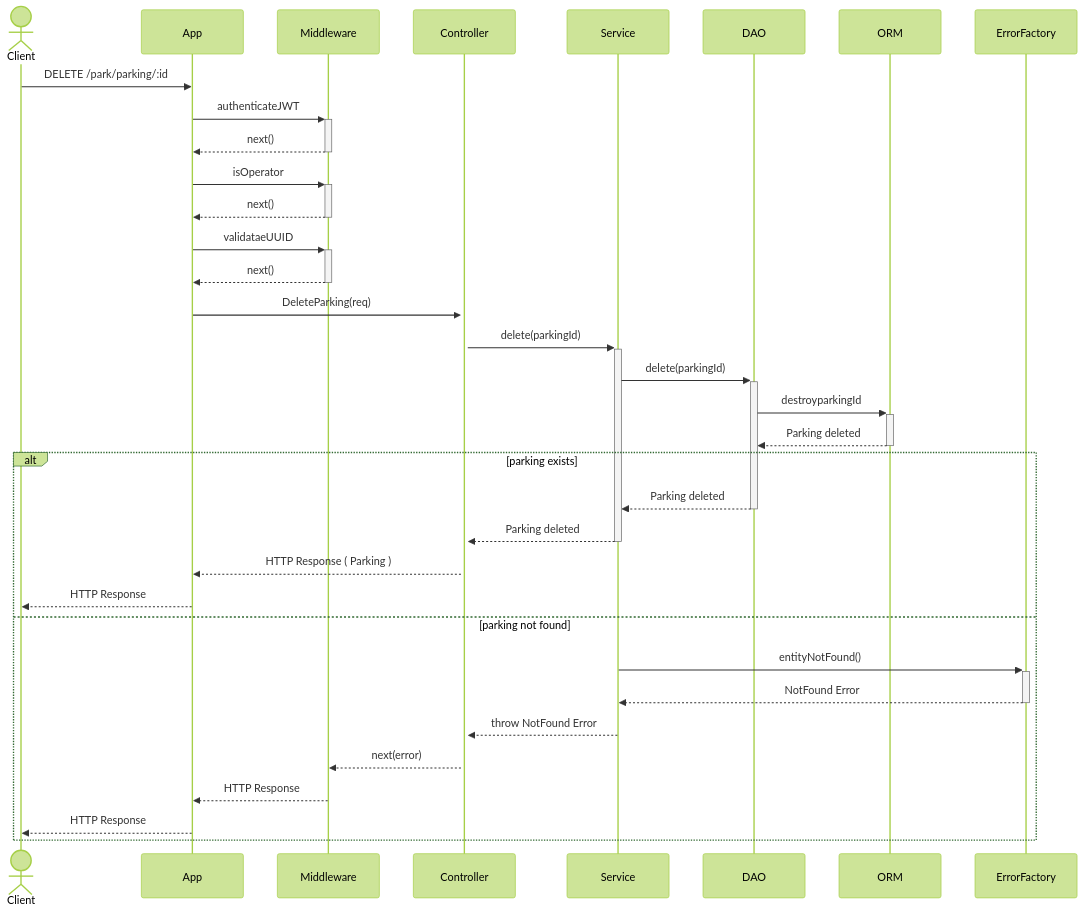
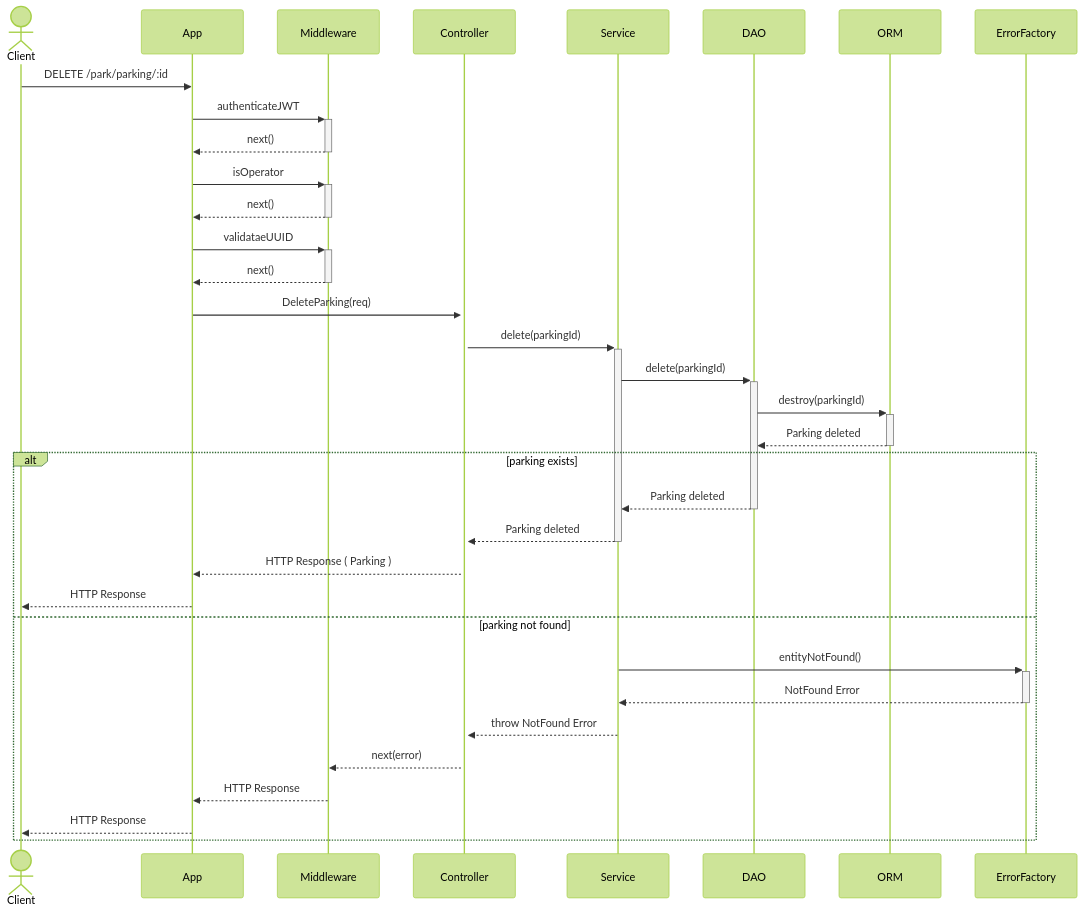
Before and after one commit to niccolociotti/parking_PA: the sixth of 22 diagrams in README.md, drawn with Mermaid (forest theme). The commit also changed other lines of this file, not shown here.

````diff
--- a/README.md
+++ b/README.md
@@ -468,37 +468,37 @@
 ```mermaid
 sequenceDiagram
     actor Client
     participant App
     participant Middleware
     participant Controller
     participant Service
     participant DAO
     participant ORM
     participant ErrorFactory
 
     Client->>App: DELETE /park/parking/:id
     App->>+Middleware: authenticateJWT
     Middleware-->>-App: next()
     App->>+Middleware: isOperator
     Middleware-->>-App: next()
     App->>+Middleware: validataeUUID
     Middleware-->>-App: next()
     App->>+Controller: DeleteParking(req)
     Controller->>+Service: delete(parkingId)
         Service->>+DAO: delete(parkingId)
-        DAO->>+ORM: destroyparkingId
+        DAO->>+ORM: destroy(parkingId)
         ORM-->>-DAO: Parking deleted
         alt parking exists
             DAO-->>-Service: Parking deleted
             Service-->>-Controller: Parking deleted
             Controller-->>App: HTTP Response ( Parking )
             App-->>Client: HTTP Response
             else parking not found
                 Service->>+ErrorFactory: entityNotFound()
                 ErrorFactory-->>-Service: NotFound Error
                 Service-->>Controller: throw NotFound Error
                 Controller-->>Middleware: next(error)
                 Middleware-->>App: HTTP Response
                 App-->>Client: HTTP Response
     end
 ```
````
